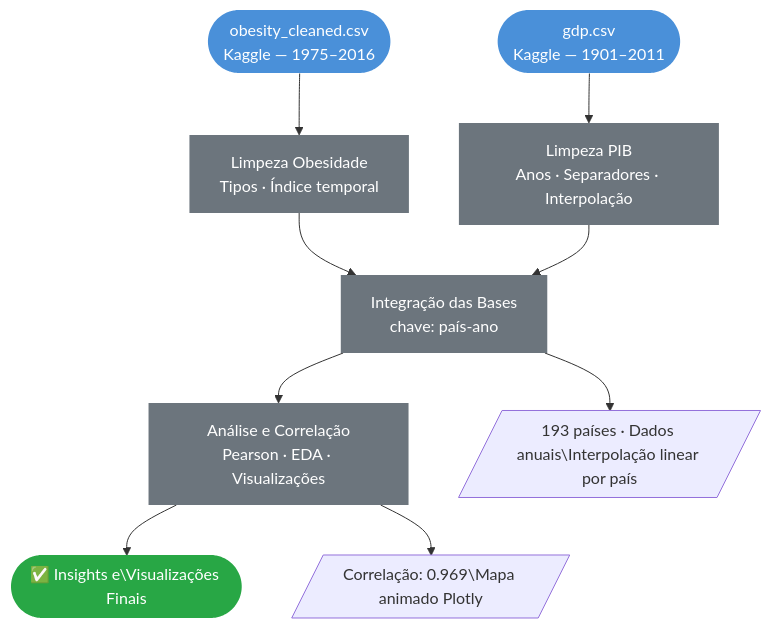
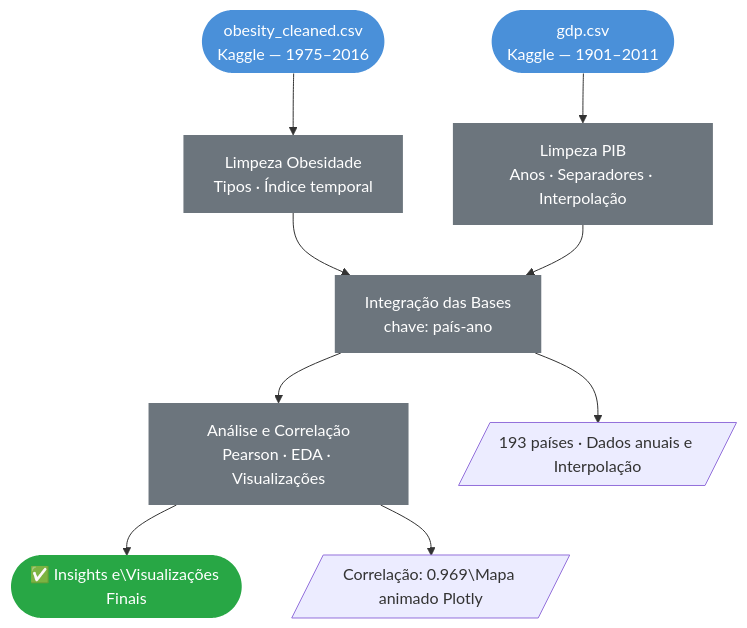
The diagram in README.md (Anderson1999DC/Obesidade_e_PIB_per_capita), drawn with Mermaid before and after one commit.

Commit message:
Update README to correct interpolation description

````diff
--- a/README.md
+++ b/README.md
@@ -62,24 +62,24 @@
 ```mermaid
 flowchart TD
     A1([ obesity_cleaned.csv\nKaggle — 1975–2016]) --> C
     A2([ gdp.csv\nKaggle — 1901–2011]) --> D
 
     C[ Limpeza Obesidade\nTipos · Índice temporal] --> E
     D[ Limpeza PIB\nAnos · Separadores · Interpolação] --> E
 
     E[ Integração das Bases\nchave: país-ano] --> F
     F[ Análise e Correlação\nPearson · EDA · Visualizações] --> G
 
-    E --> E1[/"193 países · Dados anuais\Interpolação linear por país"/]
+    E --> E1[/"193 países · Dados anuais e Interpolação "/]
     F --> F1[/"Correlação: 0.969\Mapa animado Plotly"/]
 
     style A1 fill:#4A90D9,color:#fff,stroke:none
     style A2 fill:#4A90D9,color:#fff,stroke:none
     style G fill:#28a745,color:#fff,stroke:none
     style C fill:#6C757D,color:#fff,stroke:none
     style D fill:#6C757D,color:#fff,stroke:none
     style E fill:#6C757D,color:#fff,stroke:none
     style F fill:#6C757D,color:#fff,stroke:none
 
     G([✅ Insights e\Visualizações Finais])
 ```
````
